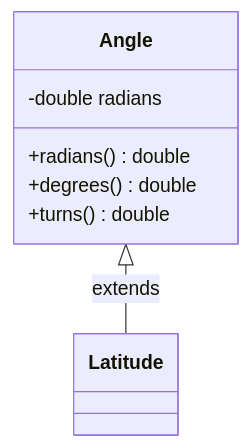
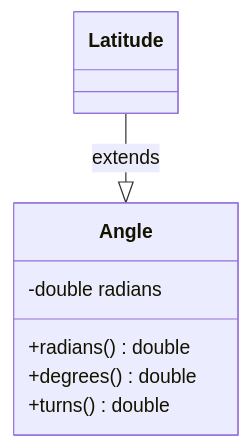
The diagram in content/Latitude.md (dogmatists/dogma.dev), drawn with Mermaid before and after one commit. The commit also changed other lines of this file and 2 other files, not shown here.

````diff
--- a/content/Latitude.md
+++ b/content/Latitude.md
@@ -9,11 +9,11 @@
 ```mermaid
 classDiagram
     class Angle {
       -double radians
       +radians() double
       +degrees() double
       +turns() double
     }
     class Latitude
-    Angle <|-- Latitude : extends
+    Latitude --|> Angle : extends
 ```
````
